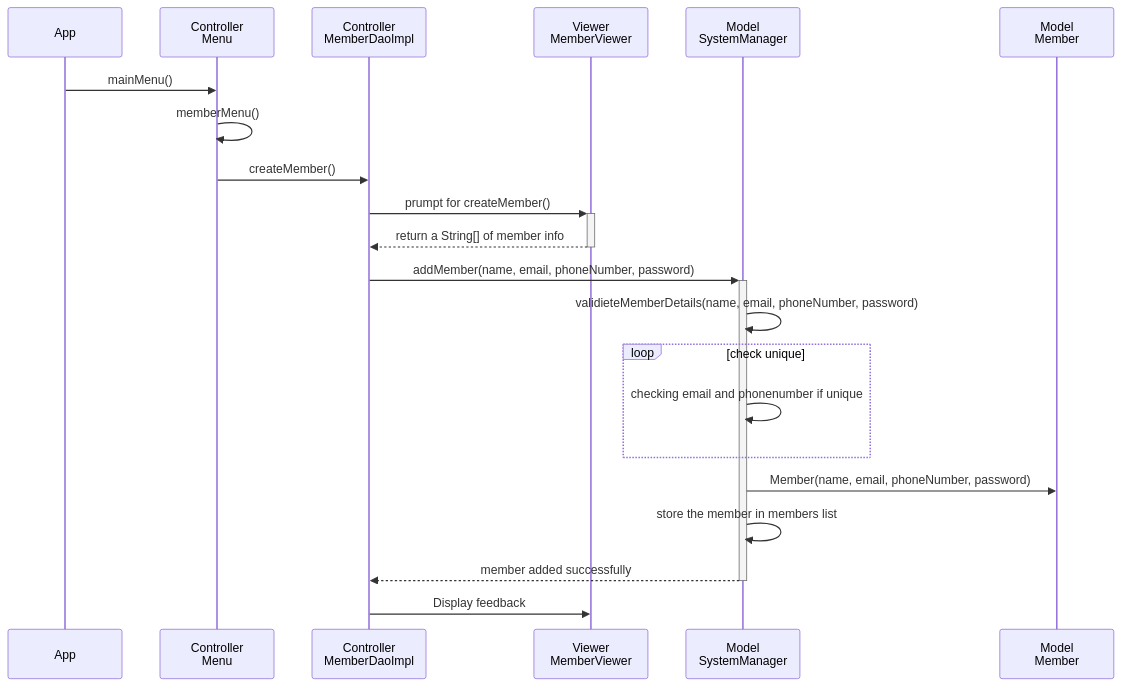
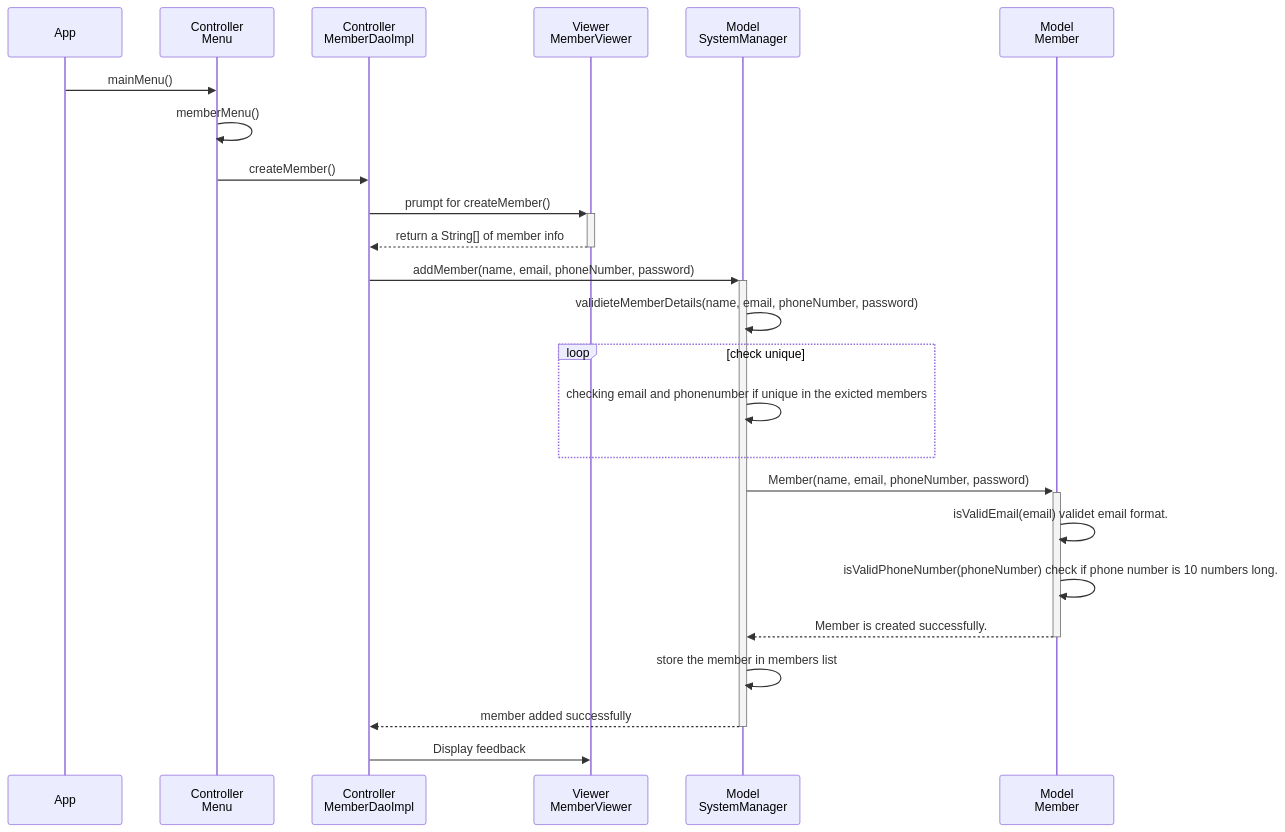
Before and after one commit to ashkar99/Stuff-Lending-System: the fifth of 5 diagrams in design.md, drawn with Mermaid.

Commit message:
fixed sequence diagram

`````diff
--- a/design.md
+++ b/design.md
@@ -413,27 +413,30 @@
 ```mermaid
 sequenceDiagram
     participant App as App 
     participant Menu as Controller <br/> Menu
     participant MC as Controller <br/> MemberDaoImpl 
     participant MV as Viewer <br/> MemberViewer
     participant SM as  Model <br/> SystemManager
     participant M as Model <br/> Member
     
     %% Scenario: Add a new third member with user input and database interaction
     App->> Menu: mainMenu()
     Menu->>Menu: memberMenu()
     Menu->>MC: createMember()
     MC->>+MV: prumpt for createMember()
     MV-->>-MC: return a String[] of member info
     MC->>+SM: addMember(name, email, phoneNumber, password) 
     SM->>SM: validieteMemberDetails(name, email, phoneNumber, password) 
     loop check unique 
-        SM->>SM: checking  email and phonenumber if unique
+        SM->>SM: checking email and phonenumber if unique in the exicted members
     end
 
-    SM->>M: Member(name, email, phoneNumber, password)
+    SM->>+M: Member(name, email, phoneNumber, password)
+    M->>M: isValidEmail(email)  validet email format.
+    M->>M: isValidPhoneNumber(phoneNumber) check if phone number is 10 numbers long.
+    M-->>-SM: Member is created successfully.
     SM->>SM: store the member in members list
     SM-->>-MC: member added successfully
     MC->>MV: Display feedback
 
 ````
`````
